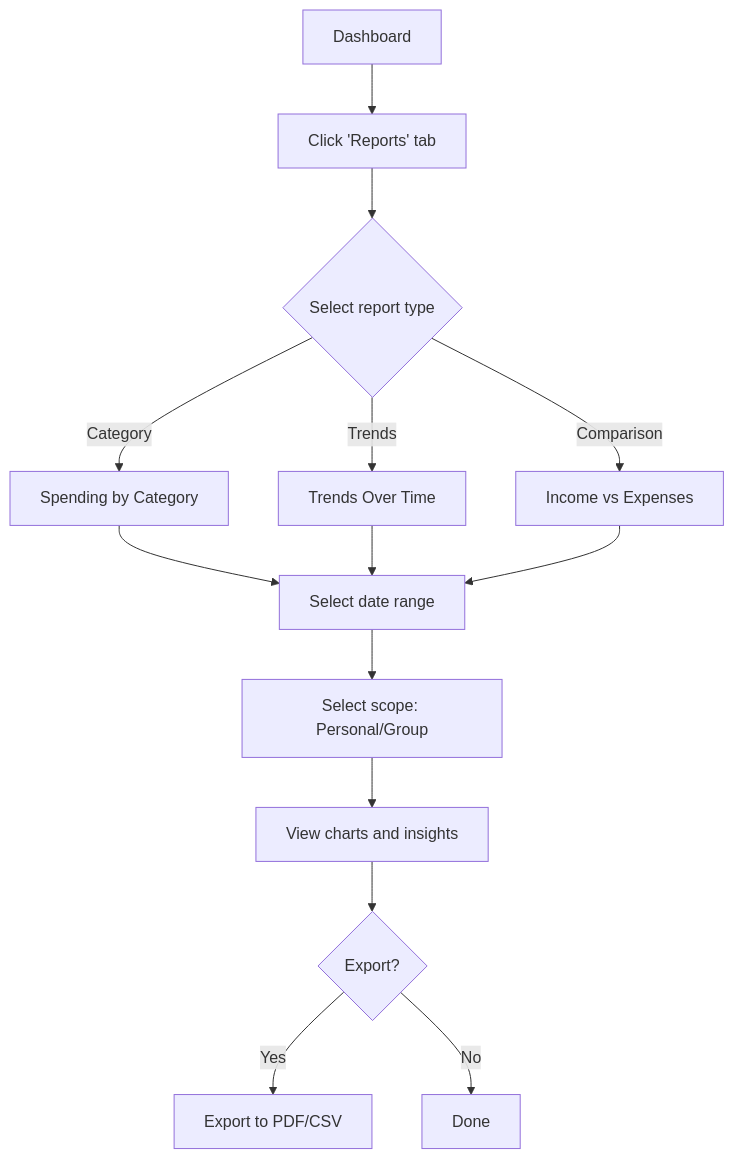
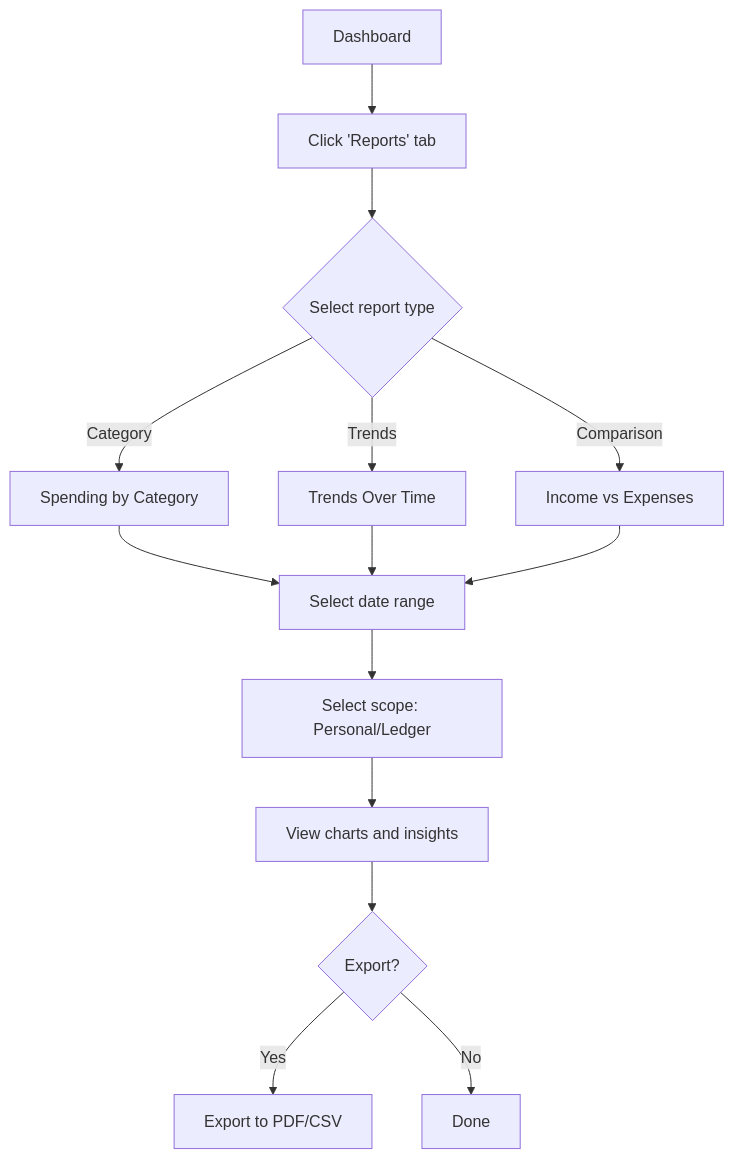
One commit to hushiyan01/S-ACCT-BOOKS changed the fourth of 5 diagrams in docs/project-ideas/PRODUCT_SPEC.md. Above: the diagram before and after it, drawn with Mermaid. The commit also changed other lines of this file and 5 other files, not shown here.

Commit message:
update schema, remove group & add ledger

````diff
--- a/docs/project-ideas/PRODUCT_SPEC.md
+++ b/docs/project-ideas/PRODUCT_SPEC.md
@@ -231,16 +231,16 @@
 ```mermaid
 flowchart TD
     A[Dashboard] --> B[Click 'Reports' tab]
     B --> C{Select report type}
     C -->|Category| D[Spending by Category]
     C -->|Trends| E[Trends Over Time]
     C -->|Comparison| F[Income vs Expenses]
     D --> G[Select date range]
     E --> G
     F --> G
-    G --> H[Select scope: Personal/Group]
+    G --> H[Select scope: Personal/Ledger]
     H --> I[View charts and insights]
     I --> J{Export?}
     J -->|Yes| K[Export to PDF/CSV]
     J -->|No| L[Done]
 ```
````
